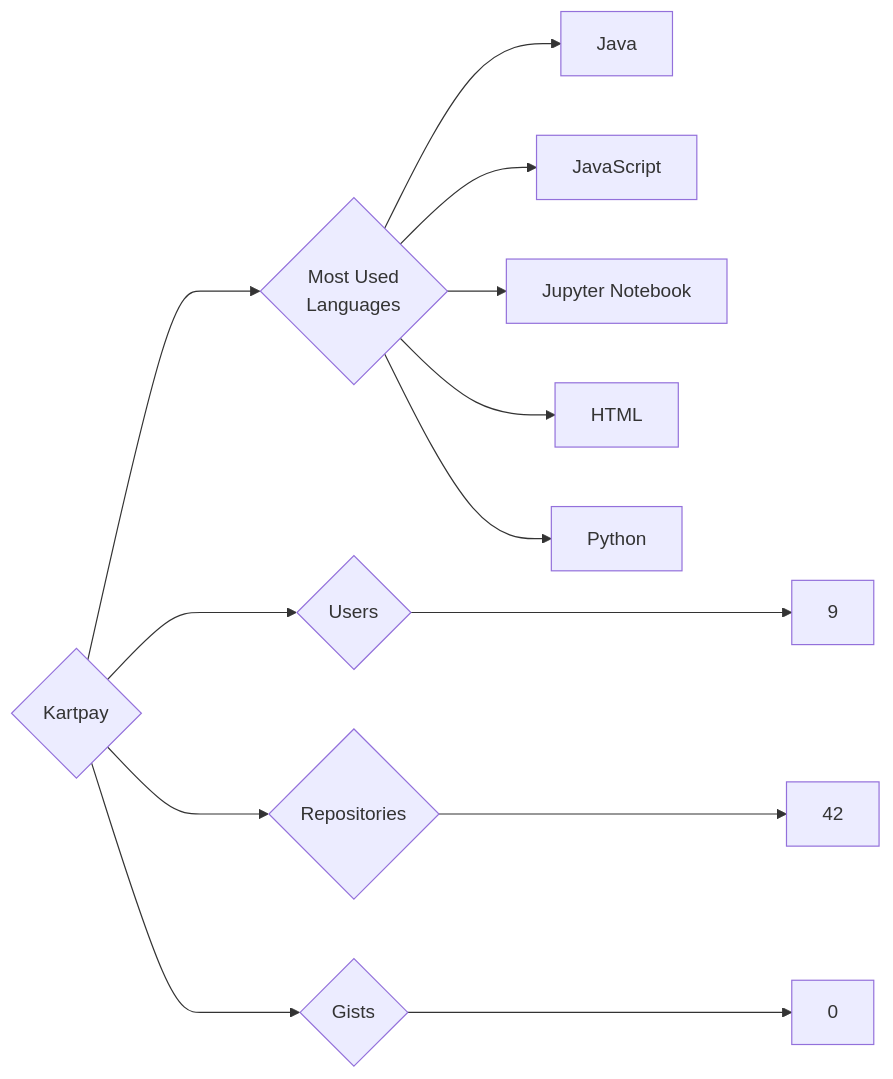
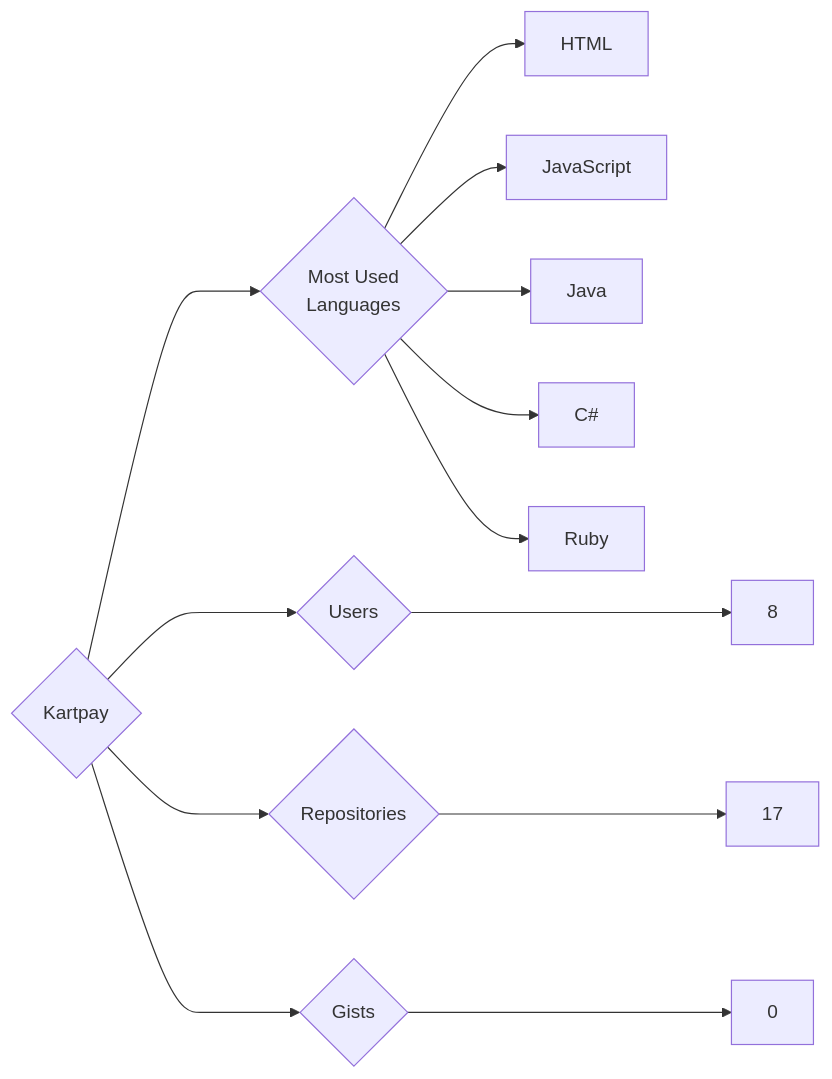
One commit to trickest/insiders changed the diagram in targets/Kartpay/README.md. Above: the diagram before and after it, drawn with Mermaid. The commit also changed 860 other files, not shown here.

````diff
--- a/targets/Kartpay/README.md
+++ b/targets/Kartpay/README.md
@@ -3,13 +3,13 @@
 ```mermaid
 graph LR
 COMPANY_NAME{Kartpay}
-COMPANY_NAME ---> U{Users} ---> UN[9]
-COMPANY_NAME ---> R{Repositories} ---> RN[42]
+COMPANY_NAME ---> U{Users} ---> UN[8]
+COMPANY_NAME ---> R{Repositories} ---> RN[17]
 COMPANY_NAME ---> G{Gists} ---> GN[0]
 COMPANY_NAME ---> ML{Most Used<br>Languages}
+ML --> HTML[HTML]
+ML --> JavaScript[JavaScript]
 ML --> Java[Java]
-ML --> JavaScript[JavaScript]
-ML --> Jupyter_Notebook[Jupyter Notebook]
-ML --> HTML[HTML]
-ML --> Python[Python]
+ML --> C#[C#]
+ML --> Ruby[Ruby]
 ```
````
